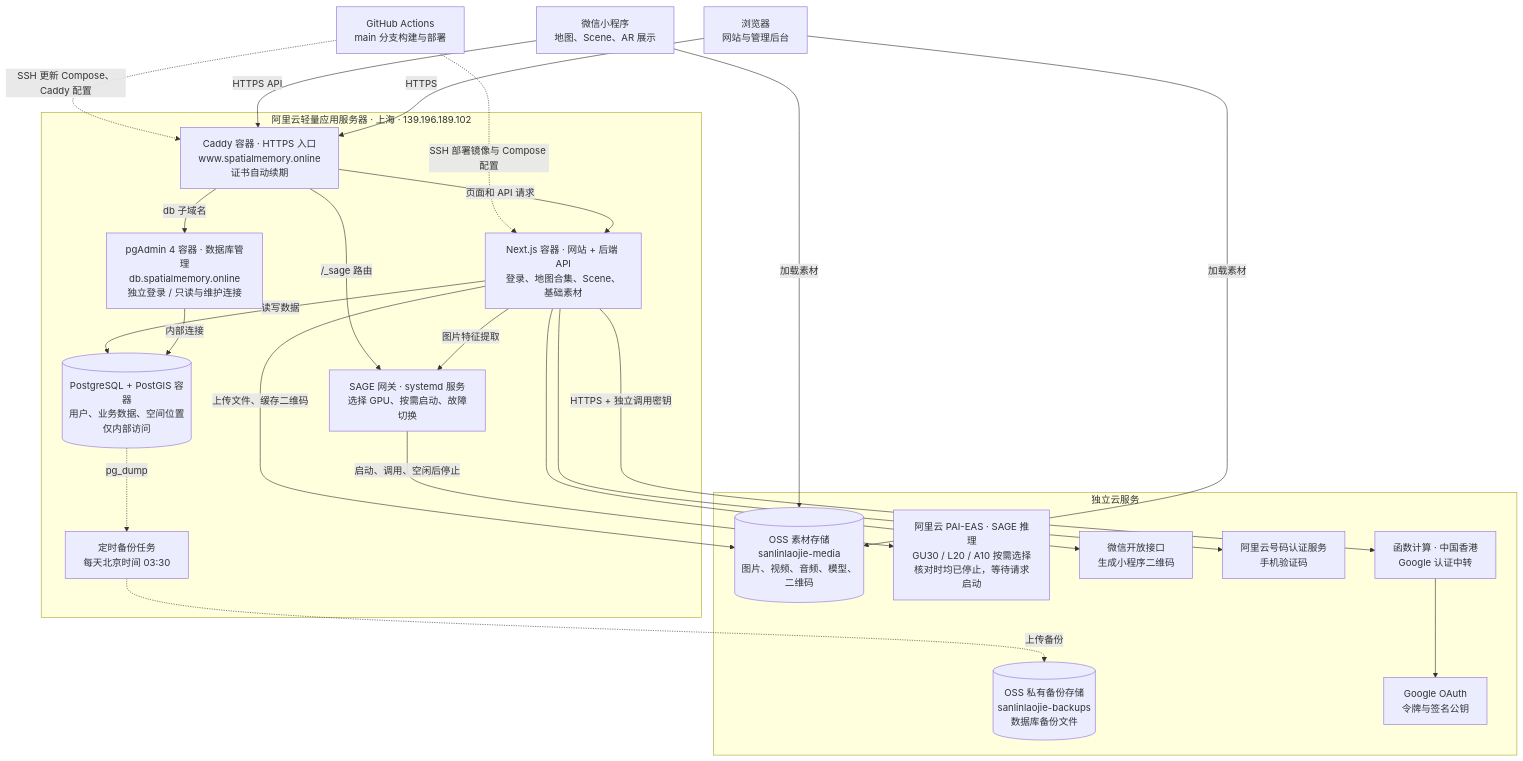
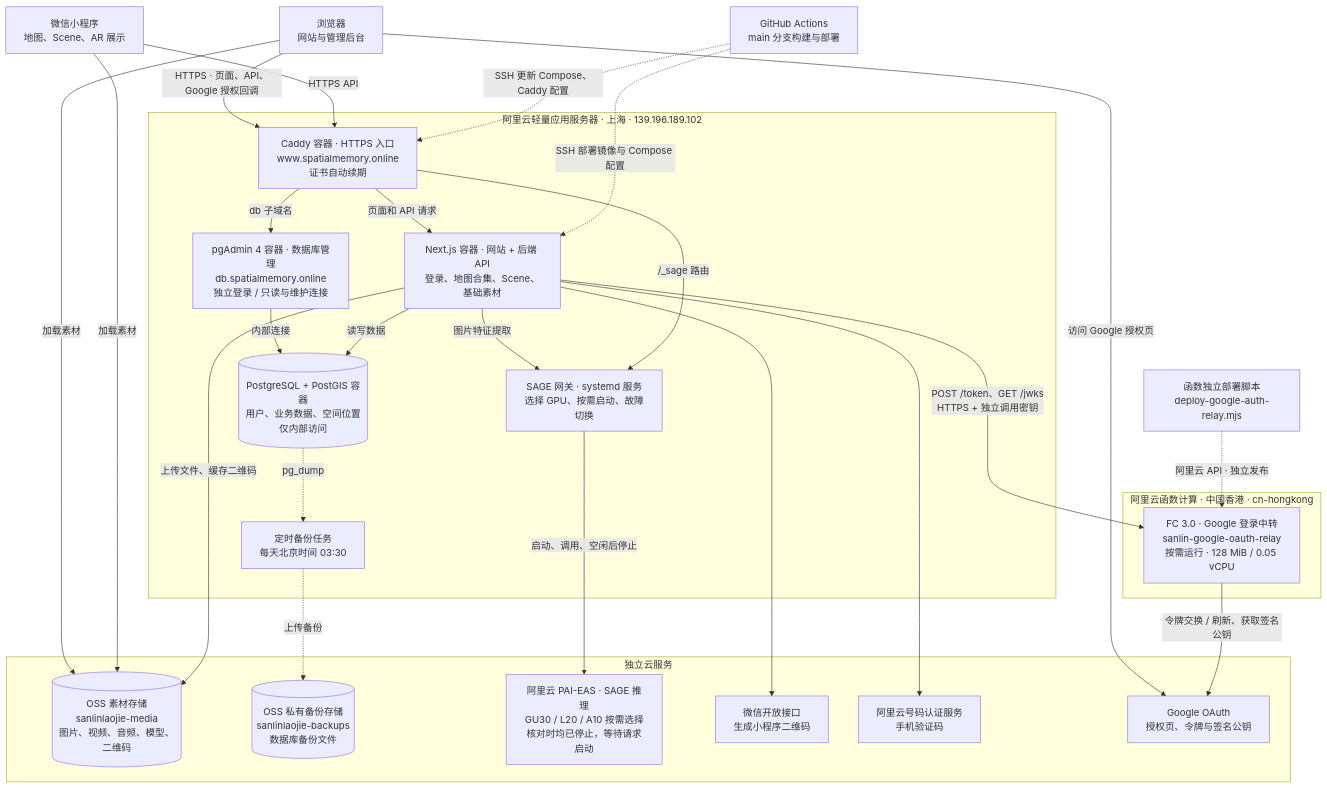
Before and after one commit to WangZhewei1027/sanlinlaojie: the diagram in docs/production-deployment.md, drawn with Mermaid. The commit also changed other lines of this file, not shown here.

Commit message:
docs: expand Google relay deployment architecture

````diff
--- a/docs/production-deployment.md
+++ b/docs/production-deployment.md
@@ -11,47 +11,53 @@
 ```mermaid
 flowchart TB
     WEB["浏览器<br/>网站与管理后台"]
     MINI["微信小程序<br/>地图、Scene、AR 展示"]
     CI["GitHub Actions<br/>main 分支构建与部署"]
+    FC_DEPLOY["函数独立部署脚本<br/>deploy-google-auth-relay.mjs"]
 
     subgraph SERVER["阿里云轻量应用服务器 · 上海 · 139.196.189.102"]
         CADDY["Caddy 容器 · HTTPS 入口<br/>www.spatialmemory.online<br/>证书自动续期"]
         APP["Next.js 容器 · 网站 + 后端 API<br/>登录、地图合集、Scene、基础素材"]
         PGADMIN["pgAdmin 4 容器 · 数据库管理<br/>db.spatialmemory.online<br/>独立登录 / 只读与维护连接"]
         DB[("PostgreSQL + PostGIS 容器<br/>用户、业务数据、空间位置<br/>仅内部访问")]
         SAGE["SAGE 网关 · systemd 服务<br/>选择 GPU、按需启动、故障切换"]
         BACKUP["定时备份任务<br/>每天北京时间 03:30"]
 
         CADDY -->|"页面和 API 请求"| APP
         CADDY -->|"db 子域名"| PGADMIN
         PGADMIN -->|"内部连接"| DB
         APP -->|"读写数据"| DB
         APP -->|"图片特征提取"| SAGE
         CADDY -->|"/_sage 路由"| SAGE
         DB -.->|"pg_dump"| BACKUP
     end
 
     subgraph CLOUD["独立云服务"]
         MEDIA[("OSS 素材存储<br/>sanlinlaojie-media<br/>图片、视频、音频、模型、二维码")]
         ARCHIVE[("OSS 私有备份存储<br/>sanlinlaojie-backups<br/>数据库备份文件")]
         GPU["阿里云 PAI-EAS · SAGE 推理<br/>GU30 / L20 / A10 按需选择<br/>核对时均已停止，等待请求启动"]
         WX["微信开放接口<br/>生成小程序二维码"]
         SMS["阿里云号码认证服务<br/>手机验证码"]
-        GOOGLE_RELAY["函数计算 · 中国香港<br/>Google 认证中转"]
-        GOOGLE["Google OAuth<br/>令牌与签名公钥"]
+        GOOGLE["Google OAuth<br/>授权页、令牌与签名公钥"]
     end
 
-    WEB -->|"HTTPS"| CADDY
+    subgraph HONG_KONG["阿里云函数计算 · 中国香港 · cn-hongkong"]
+        GOOGLE_RELAY["FC 3.0 · Google 登录中转<br/>sanlin-google-oauth-relay<br/>按需运行 · 128 MiB / 0.05 vCPU"]
+    end
+
+    WEB -->|"HTTPS · 页面、API、Google 授权回调"| CADDY
+    WEB -->|"访问 Google 授权页"| GOOGLE
     MINI -->|"HTTPS API"| CADDY
     WEB -->|"加载素材"| MEDIA
     MINI -->|"加载素材"| MEDIA
     APP -->|"上传文件、缓存二维码"| MEDIA
     APP --> WX
     APP --> SMS
-    APP -->|"HTTPS + 独立调用密钥"| GOOGLE_RELAY
-    GOOGLE_RELAY --> GOOGLE
+    APP -->|"POST /token、GET /jwks<br/>HTTPS + 独立调用密钥"| GOOGLE_RELAY
+    GOOGLE_RELAY -->|"令牌交换 / 刷新、获取签名公钥"| GOOGLE
     SAGE -->|"启动、调用、空闲后停止"| GPU
     BACKUP -.->|"上传备份"| ARCHIVE
     CI -.->|"SSH 更新 Compose、Caddy 配置"| CADDY
     CI -.->|"SSH 部署镜像与 Compose 配置"| APP
+    FC_DEPLOY -.->|"阿里云 API · 独立发布"| GOOGLE_RELAY
 ```
````
